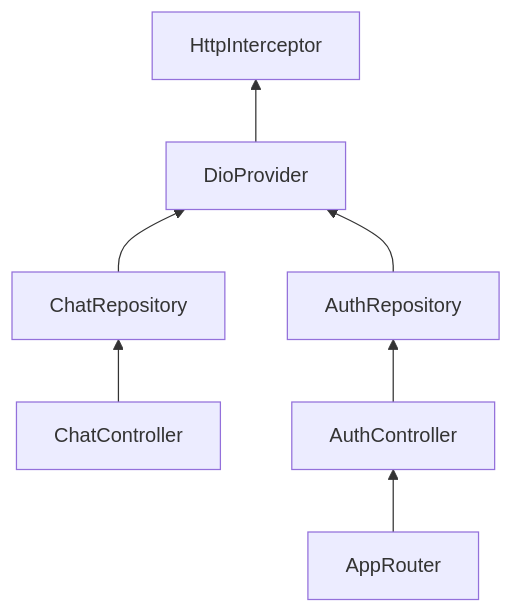
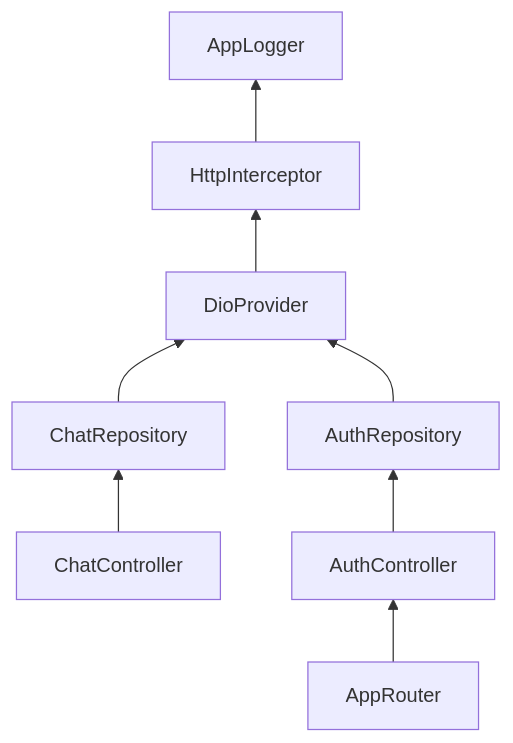
The third of 3 diagrams in docs-site/docs/state-management.md (shashigemini/cs698-repo), drawn with Mermaid before and after one commit. The commit also changed other lines of this file and 385 other files, not shown here.

````diff
--- a/docs-site/docs/state-management.md
+++ b/docs-site/docs/state-management.md
@@ -62,9 +71,10 @@
 ```mermaid
 graph BT
     Router[AppRouter] --> AuthC[AuthController]
     AuthC --> AuthR[AuthRepository]
     ChatC[ChatController] --> ChatR[ChatRepository]
     ChatR --> Dio[DioProvider]
     AuthR --> Dio
     Dio --> Interceptor[HttpInterceptor]
+    Interceptor --> AppLogger[AppLogger]
 ```
````
